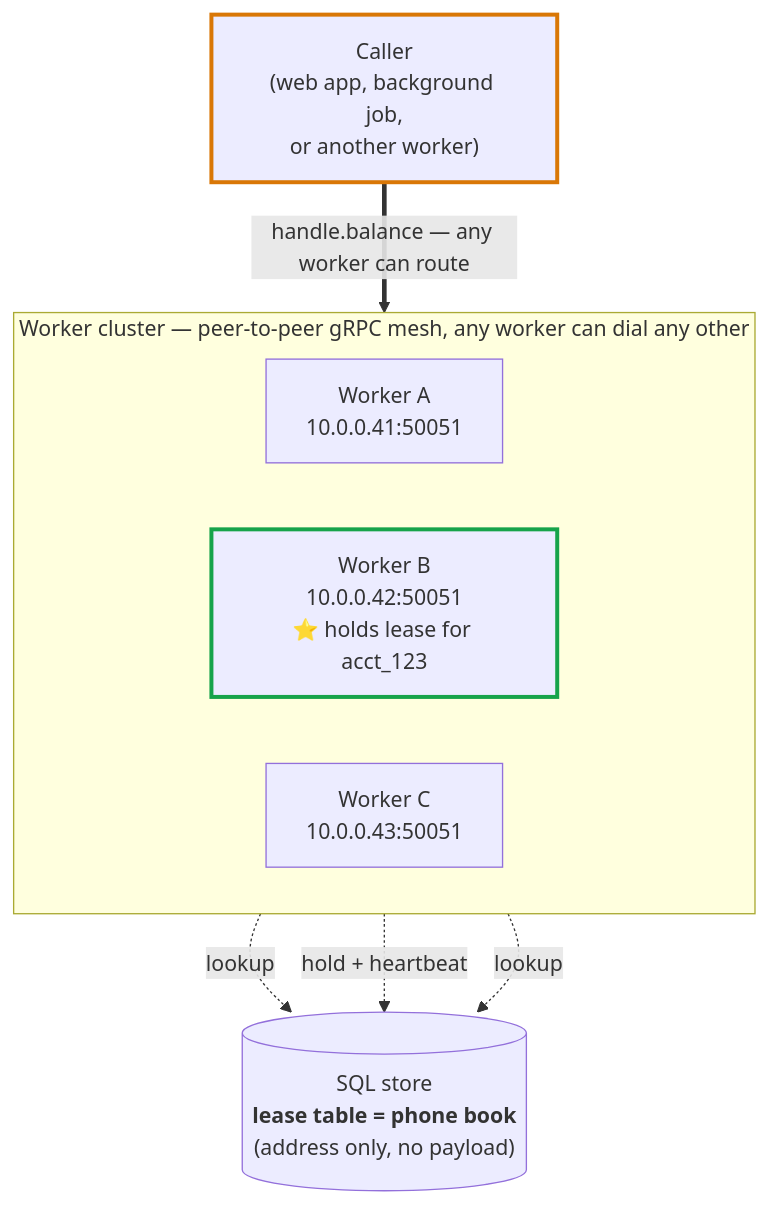
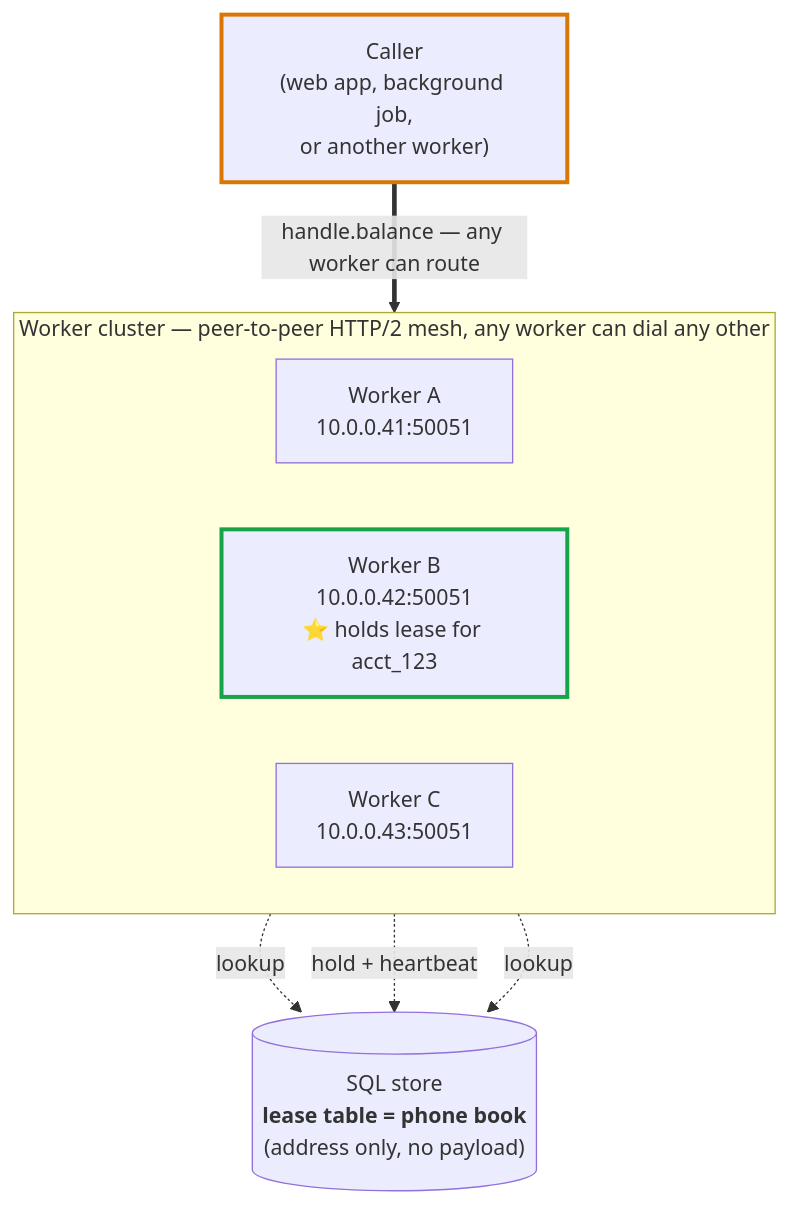
Before and after one commit to harrymees/durababble: the first of 3 diagrams in docs/content/cluster-rpc.md, drawn with Mermaid. The commit also changed other lines of this file and 15 other files, not shown here.

````diff
--- a/docs/content/cluster-rpc.md
+++ b/docs/content/cluster-rpc.md
@@ -20,24 +20,24 @@
 ```mermaid
 flowchart TB
     Caller["Caller<br/>(web app, background job,<br/>or another worker)"]
 
-    subgraph cluster["Worker cluster — peer-to-peer gRPC mesh, any worker can dial any other"]
+    subgraph cluster["Worker cluster — peer-to-peer HTTP/2 mesh, any worker can dial any other"]
         direction LR
         WA["Worker A<br/>10.0.0.41:50051"]
         WB["Worker B<br/>10.0.0.42:50051<br/>⭐ holds lease for acct_123"]
         WC["Worker C<br/>10.0.0.43:50051"]
     end
 
     DB[("SQL store<br/><b>lease table = phone book</b><br/>(address only, no payload)")]
 
     Caller ==>|"handle.balance — any worker can route"| WB
 
     WA -.->|"lookup"| DB
     WB -.->|"hold + heartbeat"| DB
     WC -.->|"lookup"| DB
 
     classDef caller stroke:#d97706,stroke-width:3px
     classDef owner stroke:#16a34a,stroke-width:3px
     class Caller caller
     class WB owner
 ```
````
